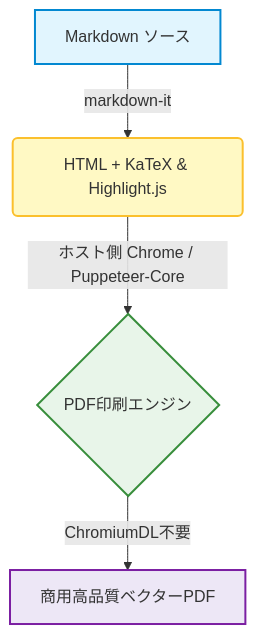
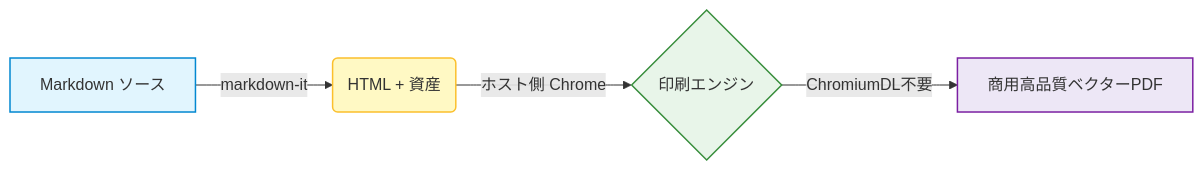
The diagram in examples/sample.ja.md (ajaxsys/md-to-pdf-lite), drawn with Mermaid before and after one commit. The commit also changed other lines of this file and 24 other files, not shown here.

````diff
--- a/examples/sample.ja.md
+++ b/examples/sample.ja.md
@@ -62,11 +41,11 @@
 ```mermaid
-graph TD
-    A[Markdown ソース] -->|markdown-it| B(HTML + KaTeX & Highlight.js)
-    B -->|ホスト側 Chrome / Puppeteer-Core| C{PDF印刷エンジン}
+graph LR
+    A[Markdown ソース] -->|markdown-it| B(HTML + 資産)
+    B -->|ホスト側 Chrome| C{印刷エンジン}
     C -->|ChromiumDL不要| D[商用高品質ベクターPDF]
     
-    style A fill:#e1f5fe,stroke:#0288d1,stroke-width:2px
-    style B fill:#fff9c4,stroke:#fbc02d,stroke-width:2px
-    style C fill:#e8f5e9,stroke:#388e3c,stroke-width:2px
-    style D fill:#ede7f6,stroke:#7b1fa2,stroke-width:2px
+    style A fill:#e1f5fe,stroke:#0288d1,stroke-width:1.5px
+    style B fill:#fff9c4,stroke:#fbc02d,stroke-width:1.5px
+    style C fill:#e8f5e9,stroke:#388e3c,stroke-width:1.5px
+    style D fill:#ede7f6,stroke:#7b1fa2,stroke-width:1.5px
 ```
````
